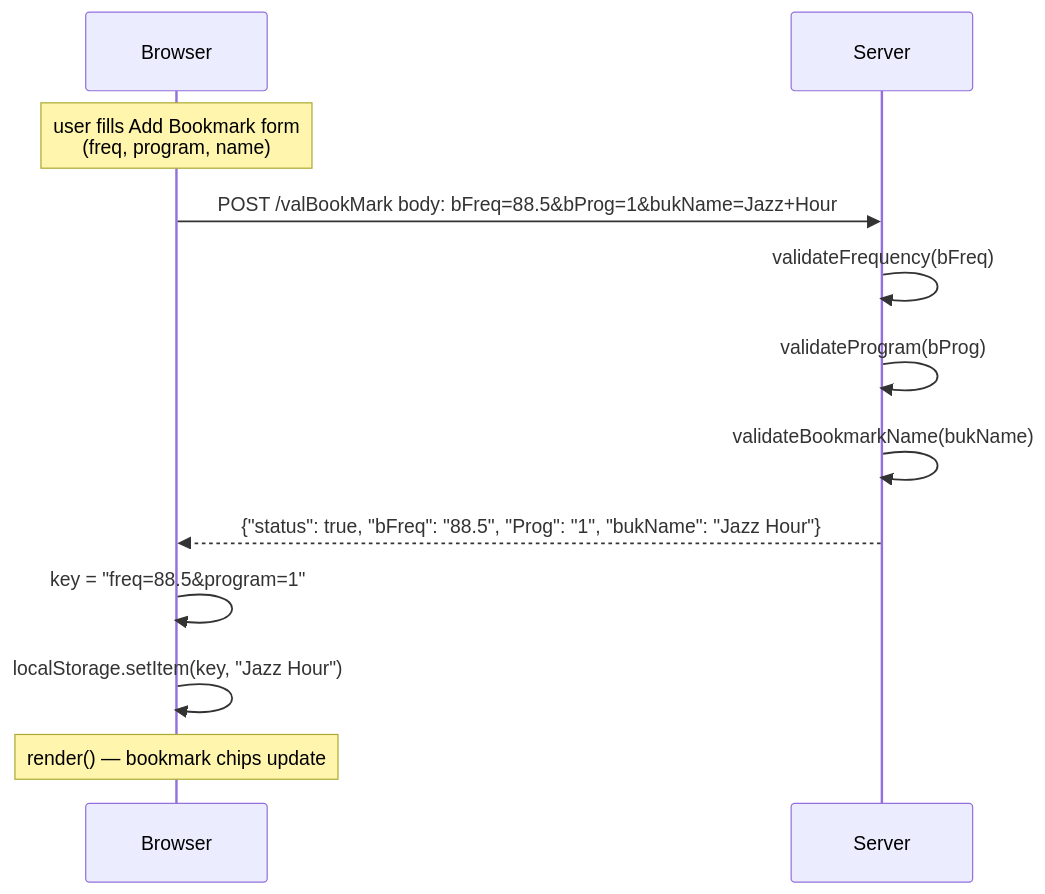
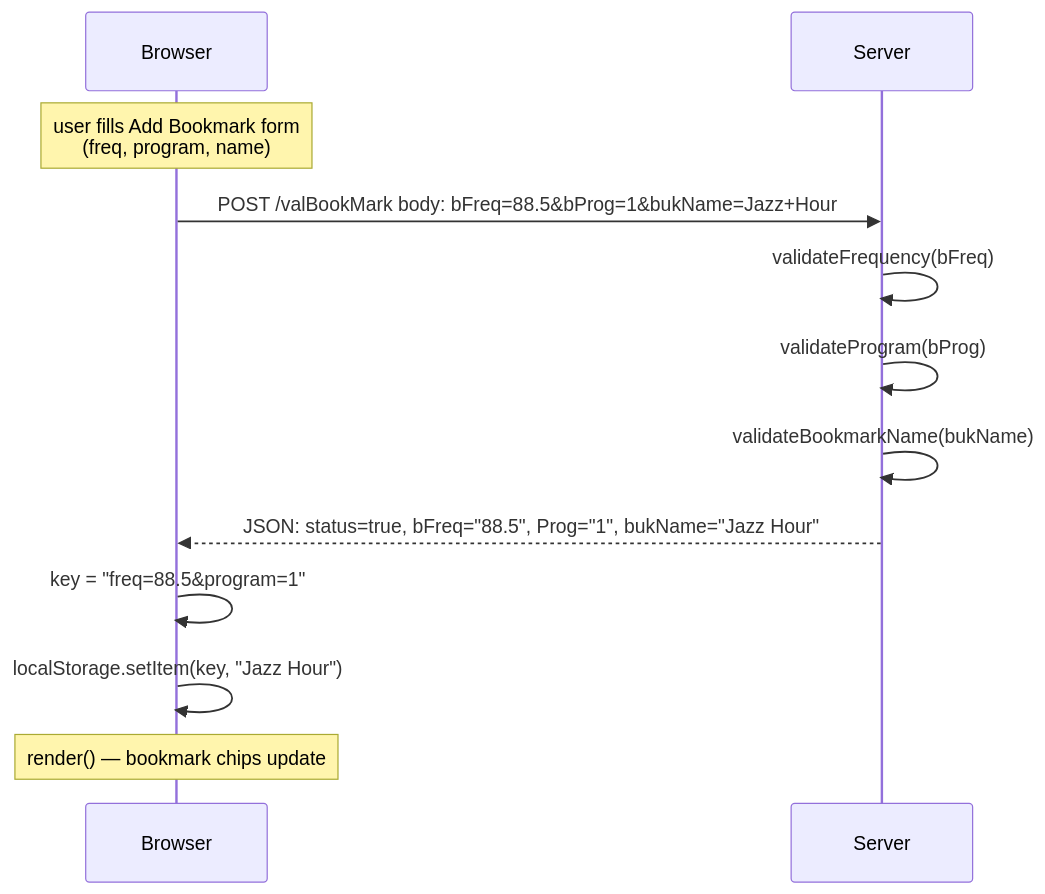
One commit to arharvey918/yellowShoes changed diagram 13 of 14 in docs/ARCHITECTURE.md. Above: the diagram before and after it, drawn with Mermaid. The commit also changed other lines of this file, not shown here.

First line of the commit message:
docs: fix Mermaid syntax errors in sequence diagrams

````diff
--- a/docs/ARCHITECTURE.md
+++ b/docs/ARCHITECTURE.md
@@ -474,17 +475,17 @@
 ```mermaid
 sequenceDiagram
     participant Browser
     participant Server
 
     Note over Browser: user fills Add Bookmark form<br/>(freq, program, name)
 
     Browser->>Server: POST /valBookMark  body: bFreq=88.5&bProg=1&bukName=Jazz+Hour
     Server->>Server: validateFrequency(bFreq)
     Server->>Server: validateProgram(bProg)
     Server->>Server: validateBookmarkName(bukName)
-    Server-->>Browser: {"status": true, "bFreq": "88.5", "Prog": "1", "bukName": "Jazz Hour"}
+    Server-->>Browser: JSON: status=true, bFreq="88.5", Prog="1", bukName="Jazz Hour"
 
     Browser->>Browser: key = "freq=88.5&program=1"
     Browser->>Browser: localStorage.setItem(key, "Jazz Hour")
     Note over Browser: render() — bookmark chips update
 ```
````
